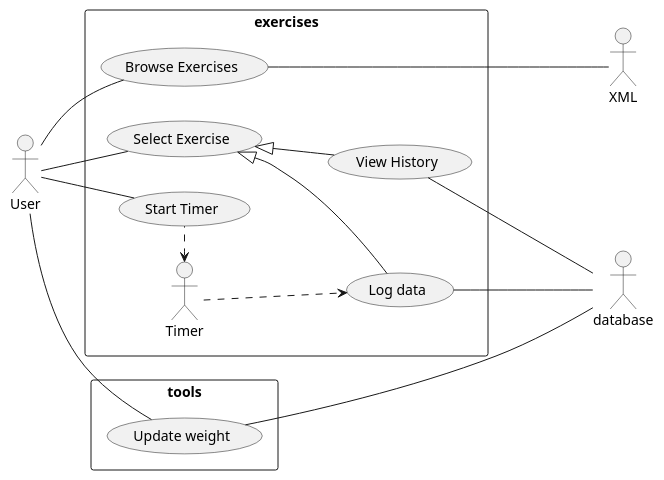
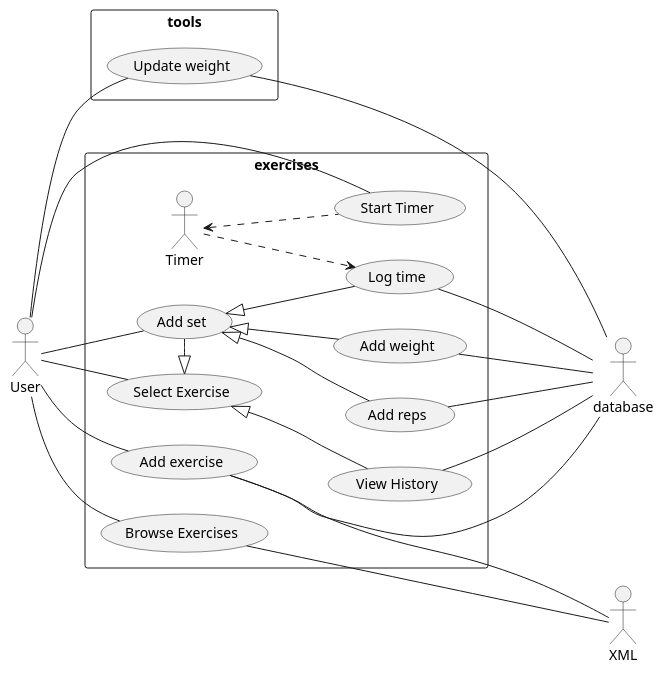
The diagram in app/UML/UseCase.puml (afortier12/ExerciseLog), drawn with PlantUML before and after one commit. The commit also changed 55 other files, not shown here.

```diff
--- a/app/UML/UseCase.puml
+++ b/app/UML/UseCase.puml
@@ -1,39 +1,52 @@
 @startuml
 :database: as Db
 :User: as user
 :XML: as xml
 
 left to right direction
 
 rectangle exercises {
-(Log data) as (Log)
+(Log time) as (Log)
 (View History) as (history)
 (Browse Exercises) as (browse)
 (Select Exercise) as (select)
+(Add set) as (add_set)
+(Add exercise) as (add_ex)
+(Add weight) as (weight_add)
+(Add reps) as (reps_add)
 (Start Timer) as (start)
 
 
 user -- (browse)
+user --(add_ex)
 user -- (select)
-user - (start)
+user -- (add_set)
+user -- (start)
 
 
 (select) <|-- (history)
-(select) <|-- (Log)
 
+(add_set) -l-|> (select)
+(add_set) <|-- (Log)
+(add_set) <|-- (weight_add)
+(add_set) <|-- (reps_add)
 
-Timer <. (start)
-Timer ..> (Log)
+:Timer: <.d. (start)
+:Timer: ..> (Log)
 
 (browse) ---- xml
+(add_ex) ----xml
+(add_ex) ---- Db
 (history) -- Db
 (Log) -- Db
+(weight_add) -- Db
+(reps_add) -- Db
 }
 
 rectangle tools{
 (Update weight) as (weight)
 
 user  -- (weight)
 (weight) ---- Db
 }
 @enduml
```
